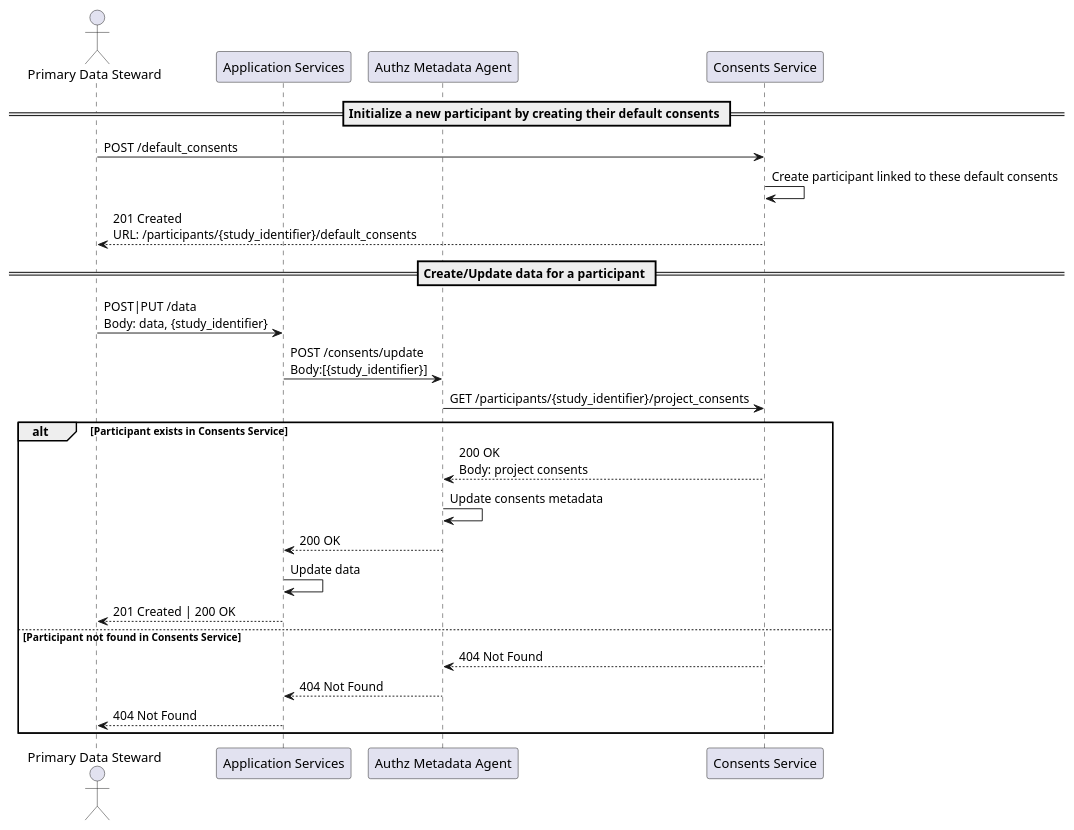
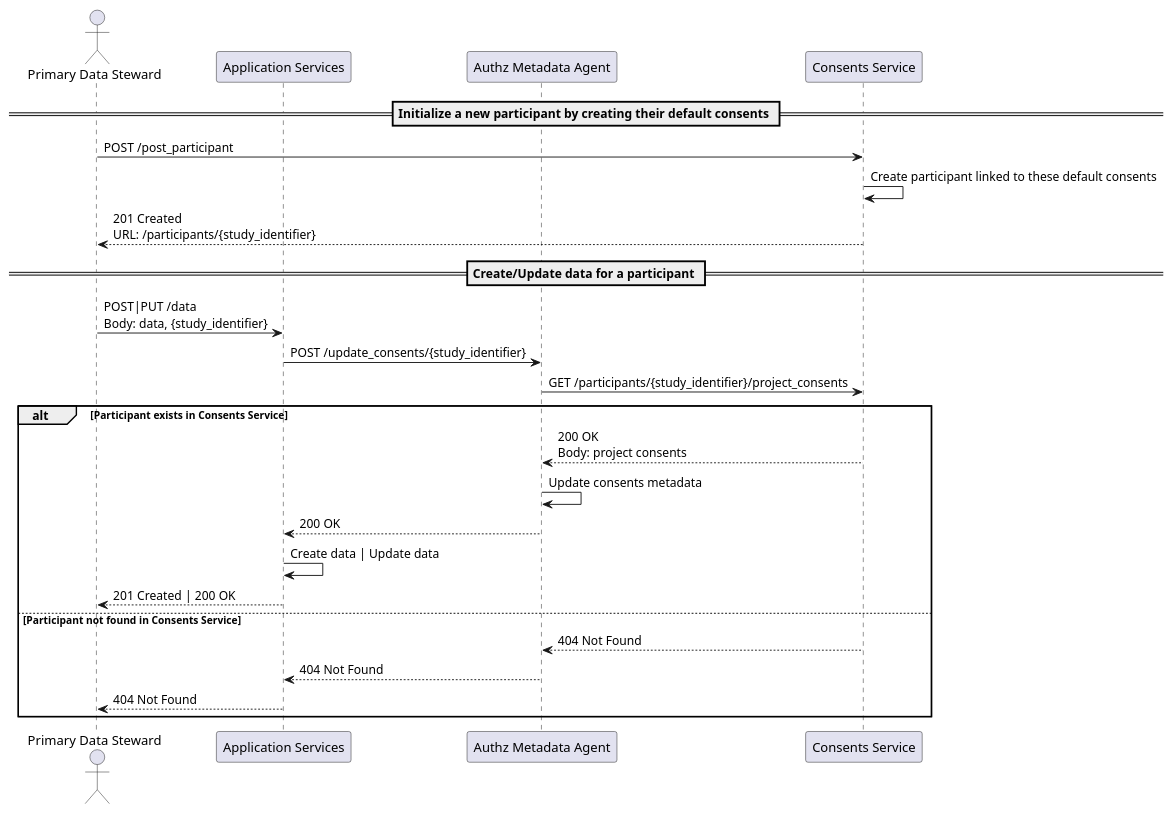
One commit to dycons/design changed the diagram in demo1/diagrams/add_study_data.md. Above: the diagram before and after it, drawn with PlantUML. The commit also changed other lines of this file and 3 other files, not shown here.

Commit message:
Update seq diagrams with latest Consents API endpoints

```diff
--- a/demo1/diagrams/add_study_data.md
+++ b/demo1/diagrams/add_study_data.md
@@ -3,30 +4,30 @@
 @startuml
 actor "Primary Data Steward" as psd
 participant "Application Services" as as
 participant "Authz Metadata Agent" as ama
 participant "Consents Service" as cs
 
 == Initialize a new participant by creating their default consents ==
 
-psd -> cs: POST /default_consents
+psd -> cs: POST /post_participant
 cs -> cs: Create participant linked to these default consents
-cs --> psd: 201 Created \nURL: /participants/{study_identifier}/default_consents
+cs --> psd: 201 Created \nURL: /participants/{study_identifier}
 
 == Create/Update data for a participant ==
 
 psd -> as: POST|PUT /data \nBody: data, {study_identifier}
-as -> ama: POST /consents/update \nBody:[{study_identifier}]
+as -> ama: POST /update_consents/{study_identifier}
 ama -> cs: GET /participants/{study_identifier}/project_consents
 
 alt Participant exists in Consents Service
   cs --> ama: 200 OK \nBody: project consents
   ama -> ama: Update consents metadata
   ama --> as: 200 OK
-  as -> as: Update data
+  as -> as: Create data | Update data
   as --> psd: 201 Created | 200 OK
 else Participant not found in Consents Service
   cs --> ama: 404 Not Found
   ama --> as: 404 Not Found
   as --> psd: 404 Not Found
 end
 @enduml
```
